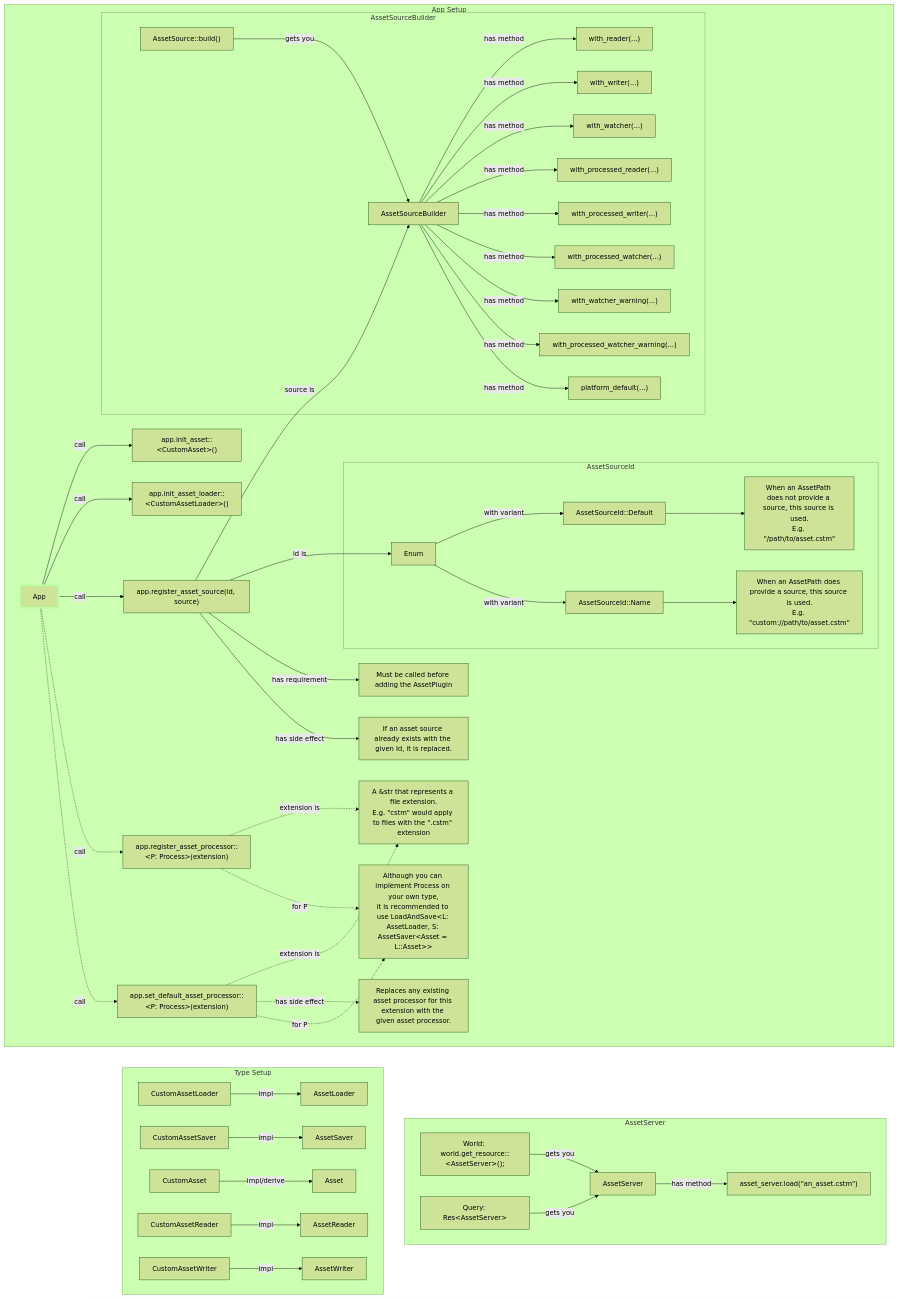
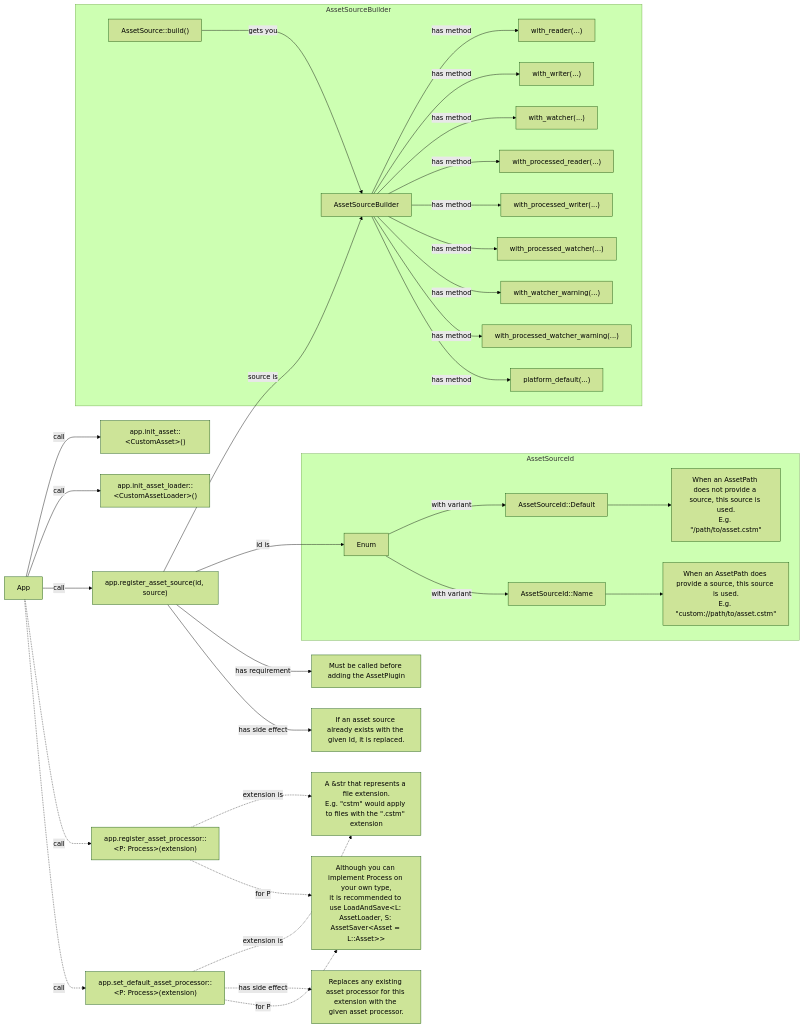
Before and after one commit to thepackett/BevyAssetsScratchpad: the fifth of 6 diagrams in README.md, drawn with Mermaid (forest theme). The commit also changed other lines of this file, not shown here.

Commit message:
Turned into high level overview

````diff
--- a/README.md
+++ b/README.md
@@ -16,98 +72,63 @@
 ```mermaid
-graph TD
-subgraph AppSetup[App Setup]
-  direction LR
-  app -->|call| init_asset
-  app -->|call| init_asset_loader
-  app -->|call| register_asset_source
-  app -.->|call| register_asset_processor
-  app -.->|call| set_default_asset_processor
-  register_asset_source -->|id is| asset_source_id
-  register_asset_source -->|source is| asset_source_builder
-  register_asset_source -->|has requirement| register_asset_source_note_requirement
-  register_asset_source -->|has side effect| register_asset_source_note_side_effect
-  register_asset_processor -.->|extension is| asset_processor_extension
-  register_asset_processor -.->|for P| processor_note
-  set_default_asset_processor -.->|extension is| asset_processor_extension
-  set_default_asset_processor -.->|has side effect| set_default_asset_processor_side_effect
-  set_default_asset_processor -.->|for P| processor_note
-  app["App"]
-  init_asset["app.init_asset::&lt;CustomAsset&gt;()"]
-  init_asset_loader["app.init_asset_loader::&lt;CustomAssetLoader&gt;()"]
-  register_asset_source["app.register_asset_source(id, source)"]
-  register_asset_processor["app.register_asset_processor::&lt;P: Process&gt;(extension)"]
-  set_default_asset_processor["app.set_default_asset_processor::&lt;P: Process&gt;(extension)"]
-  set_default_asset_processor_side_effect["Replaces any existing asset processor for this extension with the given asset processor."]
-  register_asset_source_note_requirement["Must be called before adding the AssetPlugin"]
-  register_asset_source_note_side_effect["If an asset source already exists with the given Id, it is replaced."]
-  asset_processor_extension["A &str that represents a file extension.\nE.g. &quot;cstm&quot; would apply to files with the &quot;.cstm&quot; extension"]
-  processor_note["Although you can implement Process on your own type,\nit is recommended to use LoadAndSave&lt;L: AssetLoader, S: AssetSaver&lt;Asset = L::Asset&gt;&gt;"]
-  subgraph AssetSourceId
-    asset_source_id -->|with variant| asset_source_id_default
-    asset_source_id -->|with variant| asset_source_id_name
-    asset_source_id_default --> asset_source_id_default_explanation
-    asset_source_id_name --> asset_source_id_name_explanation
-    asset_source_id["Enum"]
-    asset_source_id_default["AssetSourceId::Default"]
-    asset_source_id_name["AssetSourceId::Name"]
-    asset_source_id_default_explanation["When an AssetPath does not provide a source, this source is used.\nE.g. &quot;/path/to/asset.cstm&quot;"]
-    asset_source_id_name_explanation["When an AssetPath does provide a source, this source is used.\nE.g. &quot;custom://path/to/asset.cstm&quot;"]
-  end
-  subgraph AssetSourceBuilder
-    asset_source_builder_get -->|gets you| asset_source_builder
-    asset_source_builder -->|has method| asset_source_builder_with_reader
-    asset_source_builder -->|has method| asset_source_builder_with_writer
-    asset_source_builder -->|has method| asset_source_builder_with_watcher
-    asset_source_builder -->|has method| asset_source_builder_with_processed_reader
-    asset_source_builder -->|has method| asset_source_builder_with_processed_writer
-    asset_source_builder -->|has method| asset_source_builder_with_processed_watcher
-    asset_source_builder -->|has method| asset_source_builder_with_watcher_warning
-    asset_source_builder -->|has method| asset_source_builder_with_processed_watcher_warning
-    asset_source_builder -->|has method| asset_source_builder_platform_default
+graph LR
+app -->|call| init_asset
+app -->|call| init_asset_loader
+app -->|call| register_asset_source
+app -.->|call| register_asset_processor
+app -.->|call| set_default_asset_processor
+register_asset_source -->|id is| asset_source_id
+register_asset_source -->|source is| asset_source_builder
+register_asset_source -->|has requirement| register_asset_source_note_requirement
+register_asset_source -->|has side effect| register_asset_source_note_side_effect
+register_asset_processor -.->|extension is| asset_processor_extension
+register_asset_processor -.->|for P| processor_note
+set_default_asset_processor -.->|extension is| asset_processor_extension
+set_default_asset_processor -.->|has side effect| set_default_asset_processor_side_effect
+set_default_asset_processor -.->|for P| processor_note
+app["App"]
+init_asset["app.init_asset::&lt;CustomAsset&gt;()"]
+init_asset_loader["app.init_asset_loader::&lt;CustomAssetLoader&gt;()"]
+register_asset_source["app.register_asset_source(id, source)"]
+register_asset_processor["app.register_asset_processor::&lt;P: Process&gt;(extension)"]
+set_default_asset_processor["app.set_default_asset_processor::&lt;P: Process&gt;(extension)"]
+set_default_asset_processor_side_effect["Replaces any existing asset processor for this extension with the given asset processor."]
+register_asset_source_note_requirement["Must be called before adding the AssetPlugin"]
+register_asset_source_note_side_effect["If an asset source already exists with the given Id, it is replaced."]
+asset_processor_extension["A &str that represents a file extension.\nE.g. &quot;cstm&quot; would apply to files with the &quot;.cstm&quot; extension"]
+processor_note["Although you can implement Process on your own type,\nit is recommended to use LoadAndSave&lt;L: AssetLoader, S: AssetSaver&lt;Asset = L::Asset&gt;&gt;"]
+subgraph AssetSourceId
+  asset_source_id -->|with variant| asset_source_id_default
+  asset_source_id -->|with variant| asset_source_id_name
+  asset_source_id_default --> asset_source_id_default_explanation
+  asset_source_id_name --> asset_source_id_name_explanation
+  asset_source_id["Enum"]
+  asset_source_id_default["AssetSourceId::Default"]
+  asset_source_id_name["AssetSourceId::Name"]
+  asset_source_id_default_explanation["When an AssetPath does not provide a source, this source is used.\nE.g. &quot;/path/to/asset.cstm&quot;"]
+  asset_source_id_name_explanation["When an AssetPath does provide a source, this source is used.\nE.g. &quot;custom://path/to/asset.cstm&quot;"]
+end
+subgraph AssetSourceBuilder
+  asset_source_builder_get -->|gets you| asset_source_builder
+  asset_source_builder -->|has method| asset_source_builder_with_reader
+  asset_source_builder -->|has method| asset_source_builder_with_writer
+  asset_source_builder -->|has method| asset_source_builder_with_watcher
+  asset_source_builder -->|has method| asset_source_builder_with_processed_reader
+  asset_source_builder -->|has method| asset_source_builder_with_processed_writer
+  asset_source_builder -->|has method| asset_source_builder_with_processed_watcher
+  asset_source_builder -->|has method| asset_source_builder_with_watcher_warning
+  asset_source_builder -->|has method| asset_source_builder_with_processed_watcher_warning
+  asset_source_builder -->|has method| asset_source_builder_platform_default
 
-    asset_source_builder["AssetSourceBuilder"]
-    asset_source_builder_get["AssetSource::build()"]
-    asset_source_builder_with_reader["with_reader(...)"]
-    asset_source_builder_with_writer["with_writer(...)"]
-    asset_source_builder_with_watcher["with_watcher(...)"]
-    asset_source_builder_with_processed_reader["with_processed_reader(...)"]
-    asset_source_builder_with_processed_writer["with_processed_writer(...)"]
-    asset_source_builder_with_processed_watcher["with_processed_watcher(...)"]
-    asset_source_builder_with_watcher_warning["with_watcher_warning(...)"]
-    asset_source_builder_with_processed_watcher_warning["with_processed_watcher_warning(...)"]
-    asset_source_builder_platform_default["platform_default(...)"]
-  end
+  asset_source_builder["AssetSourceBuilder"]
+  asset_source_builder_get["AssetSource::build()"]
+  asset_source_builder_with_reader["with_reader(...)"]
+  asset_source_builder_with_writer["with_writer(...)"]
+  asset_source_builder_with_watcher["with_watcher(...)"]
+  asset_source_builder_with_processed_reader["with_processed_reader(...)"]
+  asset_source_builder_with_processed_writer["with_processed_writer(...)"]
+  asset_source_builder_with_processed_watcher["with_processed_watcher(...)"]
+  asset_source_builder_with_watcher_warning["with_watcher_warning(...)"]
+  asset_source_builder_with_processed_watcher_warning["with_processed_watcher_warning(...)"]
+  asset_source_builder_platform_default["platform_default(...)"]
 end
-subgraph TypeSetup[Type Setup]
-  direction LR
-  custom_asset_loader -->|impl| asset_loader
-  custom_asset_saver -->|impl| asset_saver
-  custom_asset -->|impl/derive| asset
-  custom_asset_reader -->|impl| asset_reader
-  custom_asset_writer -->|impl| asset_writer
-  custom_asset_loader["CustomAssetLoader"]
-  custom_asset_saver["CustomAssetSaver"]
-  custom_asset_reader["CustomAssetReader"]
-  custom_asset_writer["CustomAssetWriter"]
-  asset_loader["AssetLoader"]
-  asset_saver["AssetSaver"]
-  asset_reader["AssetReader"]
-  asset_writer["AssetWriter"]
-  custom_asset["CustomAsset"]
-  asset["Asset"]
-end
-subgraph AssetServer[AssetServer]
-  direction LR
-  world -->|gets you| asset_server
-  query -->|gets you| asset_server
-  asset_server -->|has method| asset_server_load
-  world["World: world.get_resource::&lt;AssetServer&gt();"]
-  query["Query: Res&lt;AssetServer&gt;"]
-  asset_server["AssetServer"]
-  asset_server_load["asset_server.load(&quot;an_asset.cstm&quot;)"]
-end
-AppSetup ~~~ TypeSetup
-AppSetup ~~~ AssetServer
-classDef Green stroke:#BDFFA4,stroke-width:4px;
-class app Green;
 ```
````
